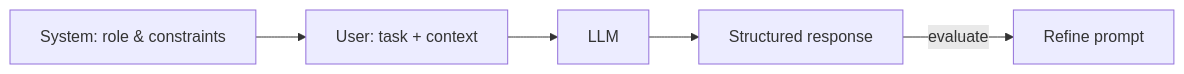
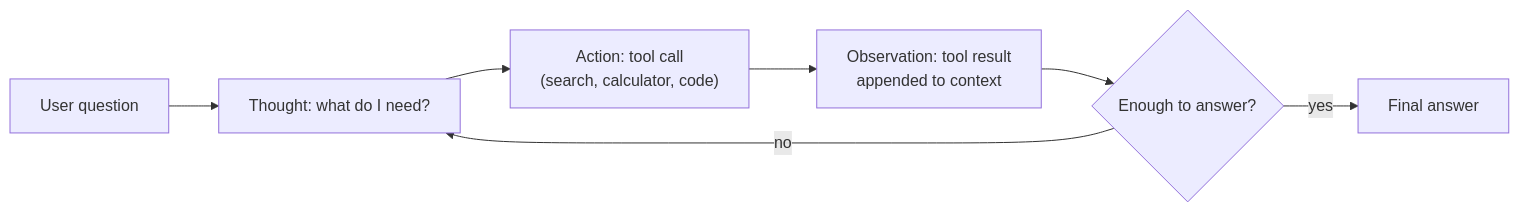
Before and after one commit to ABHIRAM3007/itp: the second of 3 diagrams in roadmap/phase-3-nlp-llm/08-prompt-engineering.md, drawn with Mermaid. The commit also changed other lines of this file and 19 other files, not shown here.

````diff
--- a/roadmap/phase-3-nlp-llm/08-prompt-engineering.md
+++ b/roadmap/phase-3-nlp-llm/08-prompt-engineering.md
@@ -68,7 +114,9 @@
 ```mermaid
 flowchart LR
-    S["System: role & constraints"] --> U["User: task + context"]
-    U --> LLM["LLM"]
-    LLM --> R["Structured response"]
-    R -->|evaluate| Iter["Refine prompt"]
+    Q["User question"] --> T["Thought: what do I need?"]
+    T --> A["Action: tool call<br/>(search, calculator, code)"]
+    A --> O["Observation: tool result<br/>appended to context"]
+    O --> D{"Enough to answer?"}
+    D -->|no| T
+    D -->|yes| F["Final answer"]
 ```
````
